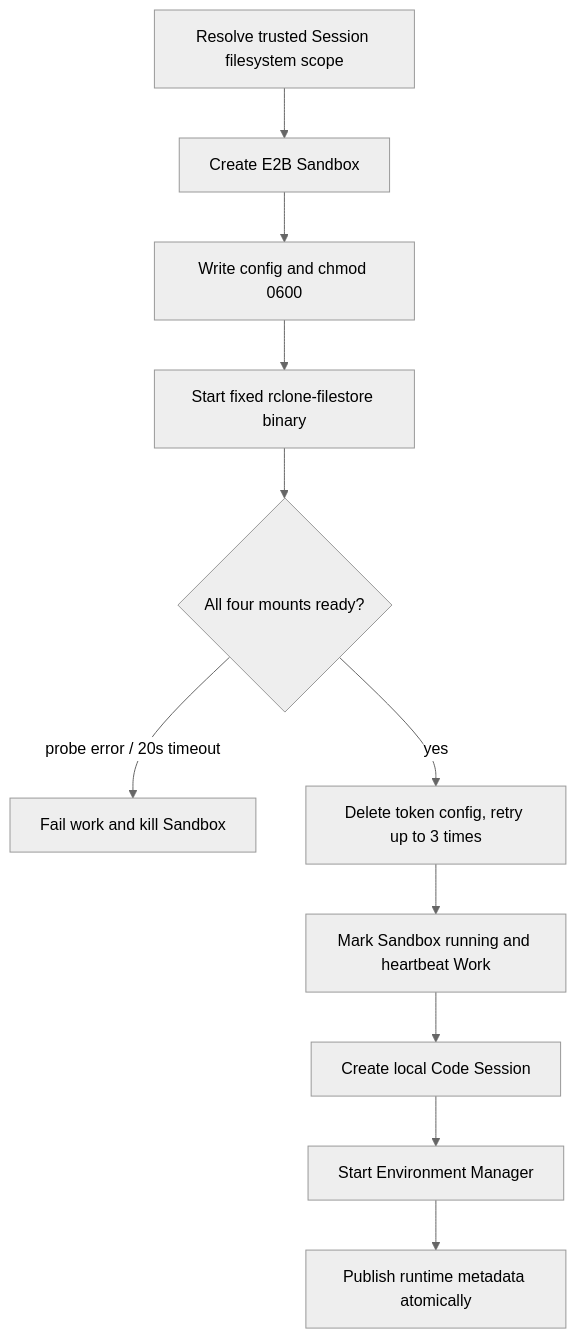
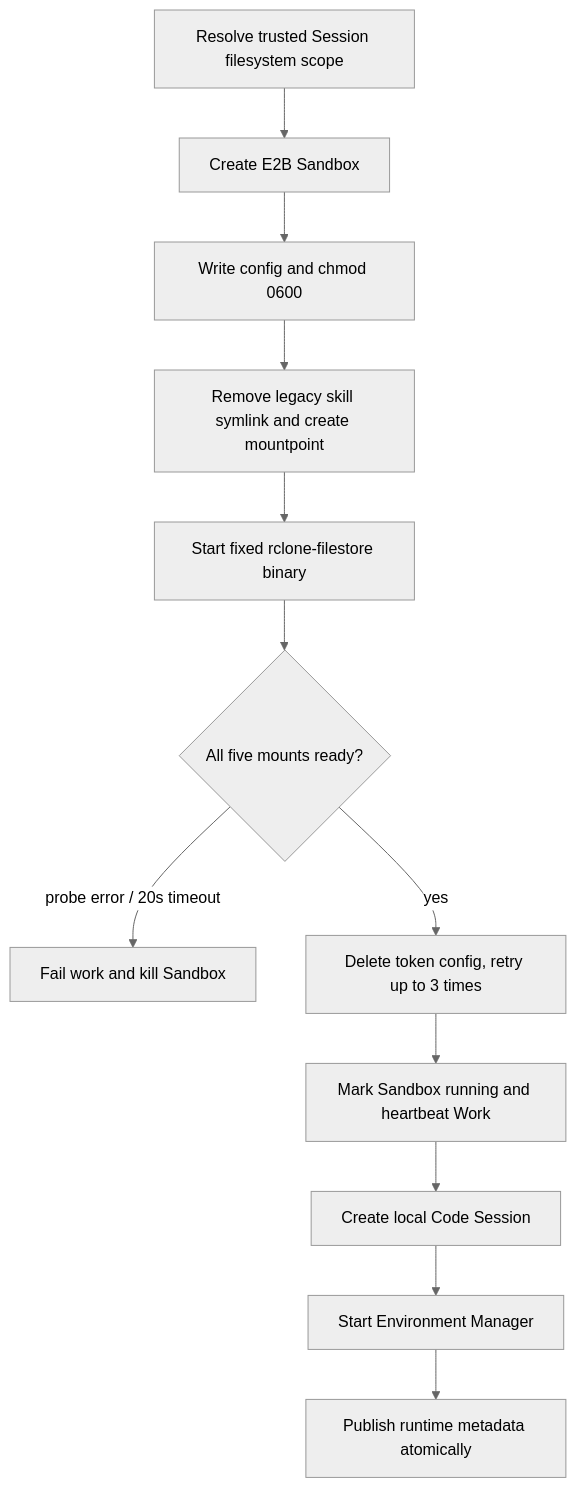
The diagram in docs/design/be/e2b-sandbox-image-contract.md (superduck-ai/open-managed-agents), drawn with Mermaid (neutral theme) before and after one commit. The commit also changed other lines of this file and 44 other files, not shown here.

````diff
--- a/docs/design/be/e2b-sandbox-image-contract.md
+++ b/docs/design/be/e2b-sandbox-image-contract.md
@@ -46,13 +50,14 @@
 ```mermaid
 flowchart TD
     R["Resolve trusted Session filesystem scope"] --> A["Create E2B Sandbox"]
     A --> W["Write config and chmod 0600"]
-    W --> B["Start fixed rclone-filestore binary"]
-    B --> C{"All four mounts ready?"}
+    W --> S["Remove legacy skill symlink and create mountpoint"]
+    S --> B["Start fixed rclone-filestore binary"]
+    B --> C{"All five mounts ready?"}
     C -->|"probe error / 20s timeout"| F["Fail work and kill Sandbox"]
     C -->|"yes"| D["Delete token config, retry up to 3 times"]
     D --> G["Mark Sandbox running and heartbeat Work"]
     G --> I["Create local Code Session"]
     I --> H["Start Environment Manager"]
     H --> J["Publish runtime metadata atomically"]
 ```
````
